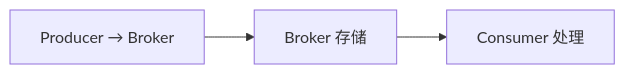
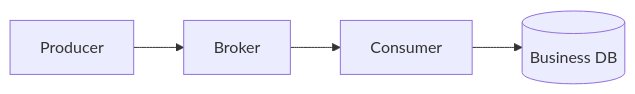
The diagram in 后端学习/系统设计/04-消息队列架构设计.md (moqix26/study), drawn with Mermaid before and after one commit. The commit also changed other lines of this file and 202 other files, not shown here.

````diff
--- a/后端学习/系统设计/04-消息队列架构设计.md
+++ b/后端学习/系统设计/04-消息队列架构设计.md
@@ -168,5 +107,6 @@
 ```mermaid
 flowchart LR
-    A[Producer → Broker] --> B[Broker 存储]
-    B --> C[Consumer 处理]
+    P[Producer] --> B[Broker]
+    B --> C[Consumer]
+    C --> D[(Business DB)]
 ```
````
